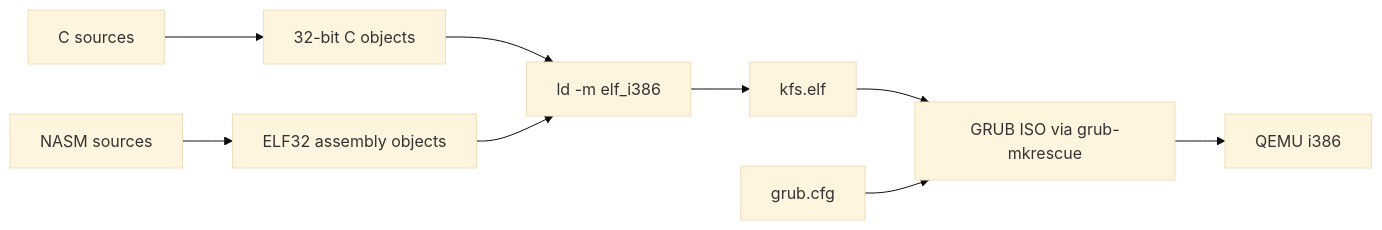
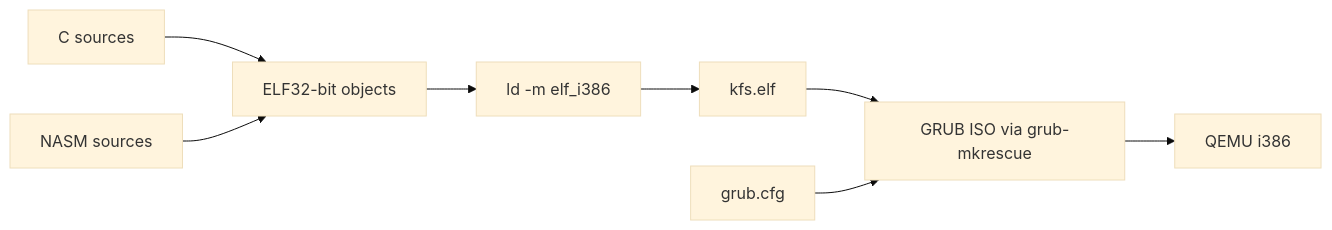
The first of 3 diagrams in README.md (aautin/kernel_from_scratch), drawn with Mermaid (base theme) before and after one commit. The commit also changed other lines of this file, not shown here.

````diff
--- a/README.md
+++ b/README.md
@@ -56,11 +57,10 @@
 ```mermaid
 flowchart LR
-		C[C sources] --> CO[32-bit C objects]
-		A[NASM sources] --> AO[ELF32 assembly objects]
+		C[C sources] --> CO[ELF32-bit objects]
+		A[NASM sources] --> CO
 		CO --> L[ld -m elf_i386]
-		AO --> L
 		L --> ELF[kfs.elf]
 		ELF --> ISO[GRUB ISO via grub-mkrescue]
 		CFG[grub.cfg] --> ISO
 		ISO --> Q[QEMU i386]
 ```
````
